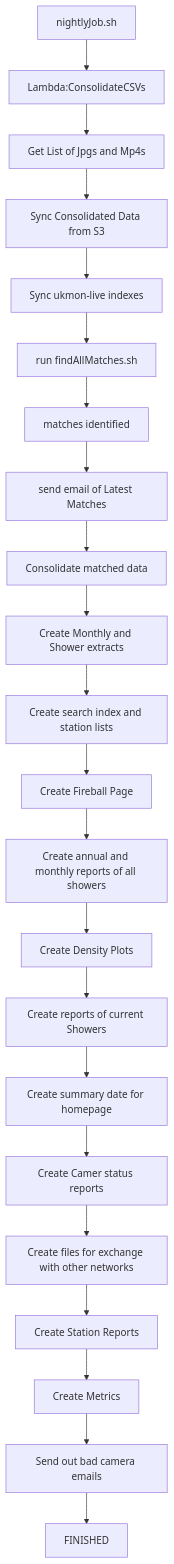
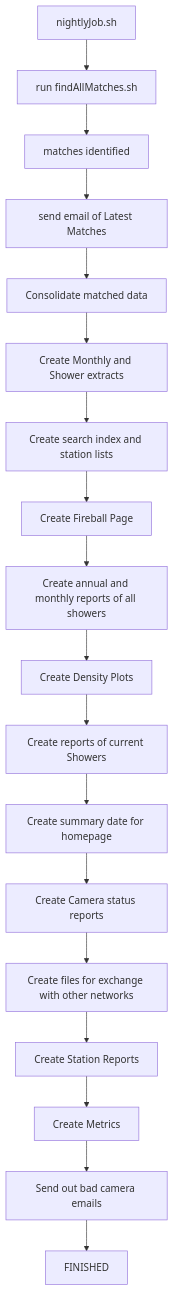
The second of 3 diagrams in archive/README.md (ukmda/ukmda-dataprocessing), drawn with Mermaid before and after one commit.

Commit message:
update flow charts

````diff
--- a/archive/README.md
+++ b/archive/README.md
@@ -32,24 +32,20 @@
 ```mermaid
     flowchart TD
-    nj[nightlyJob.sh] --> CCsv[Lambda:ConsolidateCSVs]
-    CCsv --> jpgs[Get List of Jpgs and Mp4s]
-    jpgs --> cons[Sync Consolidated Data from S3]
-    cons --> liv[Sync ukmon-live indexes]
-    liv --> fam[run findAllMatches.sh]
+    nj[nightlyJob.sh] --> fam[run findAllMatches.sh]
     fam --> don[matches identified]
     don --> rep[send email of Latest Matches]
     rep --> cons2[Consolidate matched data]
     cons2 --> extrs[Create Monthly and Shower extracts]
     extrs --> srch[Create search index and station lists]
     srch --> fbp[Create Fireball Page]
     fbp --> rep2[Create annual and monthly reports of all showers]
     rep2 --> dens[Create Density Plots]
     dens --> rep3[Create reports of current Showers]
     rep3 --> summ[Create summary date for homepage]
-    summ --> camst[Create Camer status reports]
+    summ --> camst[Create Camera status reports]
     camst --> exch[Create files for exchange with other networks]
     exch --> stats[Create Station Reports]
     stats --> mets[Create Metrics]
     mets --> badc[Send out bad camera emails]
     badc --> d[FINISHED]
 ```
````
